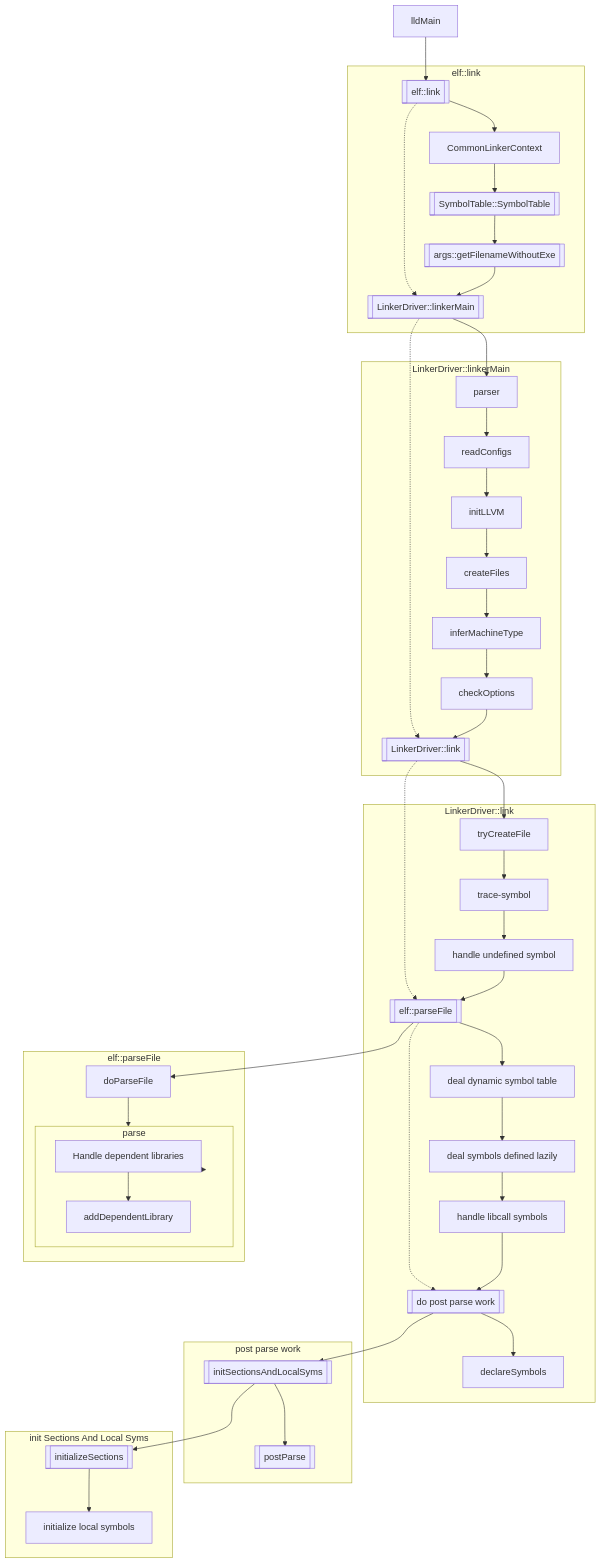
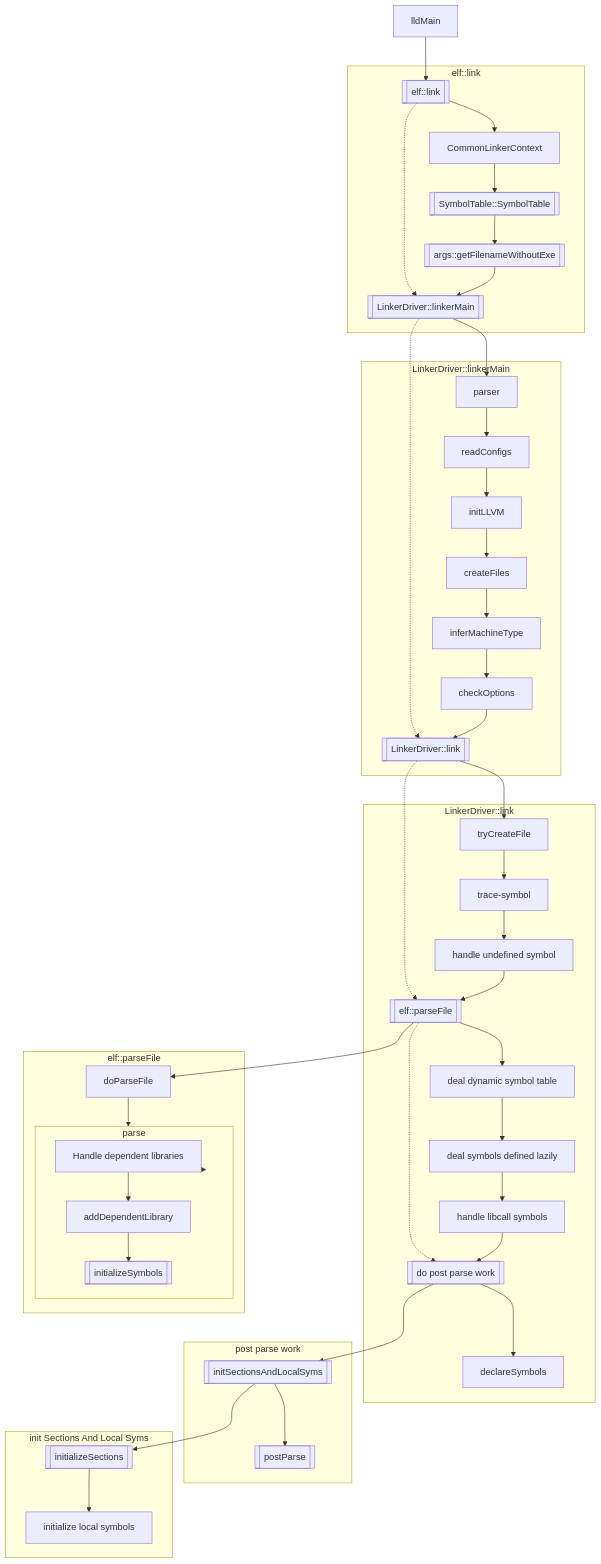
The first of 2 diagrams in compiler/llvm-note.md (acelyb/MY-NOTE), drawn with Mermaid before and after one commit. The commit also changed other lines of this file and 1 other file, not shown here.

````diff
--- a/compiler/llvm-note.md
+++ b/compiler/llvm-note.md
@@ -9,57 +9,58 @@
 ```mermaid
 graph TD
     lldMain[lldMain] --> elflink[[elf::link]]
     elflink -.-> LinkerDriverlinkerMain[[LinkerDriver::linkerMain]]
     LinkerDriverlinkerMain -.-> LinkerDriverlink[[LinkerDriver::link]]
     LinkerDriverlink -.-> elfparseFile[[elf::parseFile]]
     elfparseFile -.-> dopostparse[[do post parse work]]
 
     subgraph elf::link
         elflink --> ctx[CommonLinkerContext]
         ctx --> SymbolTable[[SymbolTable::SymbolTable]]
         SymbolTable --> getFilenameWithoutExe[[args::getFilenameWithoutExe]]
         getFilenameWithoutExe --> LinkerDriverlinkerMain
     end
 
     subgraph LinkerDriver::linkerMain
         LinkerDriverlinkerMain --> parser
         parser --> readConfigs
         readConfigs --> initLLVM
         initLLVM --> createFiles
         createFiles --> inferMachineType
         inferMachineType --> checkOptions
         checkOptions --> LinkerDriverlink
     end
 
     subgraph LinkerDriver::link
         LinkerDriverlink --> tryCreateFile
         tryCreateFile --> trace-symbol
         trace-symbol --> handleundefined[handle undefined symbol]
         handleundefined --> elfparseFile
         elfparseFile --> hasDynSymTab[deal dynamic symbol table]
         hasDynSymTab --> deallazysymbol[deal symbols defined lazily]
         deallazysymbol --> handleLibcall[handle libcall symbols]
         handleLibcall --> dopostparse
         dopostparse --> declareSymbols
     end
 
     subgraph elf::parseFile
         elfparseFile --> doParseFile
         doParseFile --> parse[[parse]]
     end
 
     subgraph parse
         parse --> Handledependentlibraries[Handle dependent libraries]
         Handledependentlibraries --> addDependentLibrary
+        addDependentLibrary --> initializeSymbols[[initializeSymbols]]
     end
 
     subgraph post parse work
         dopostparse --> initSectionsAndLocalSyms[[initSectionsAndLocalSyms]]
         initSectionsAndLocalSyms --> postParse[[postParse]]
     end
 
     subgraph init Sections And Local Syms
         initSectionsAndLocalSyms --> initializeSections[[initializeSections]]
         initializeSections --> initializeLocalSyms[initialize local symbols]
     end
 ```
````
